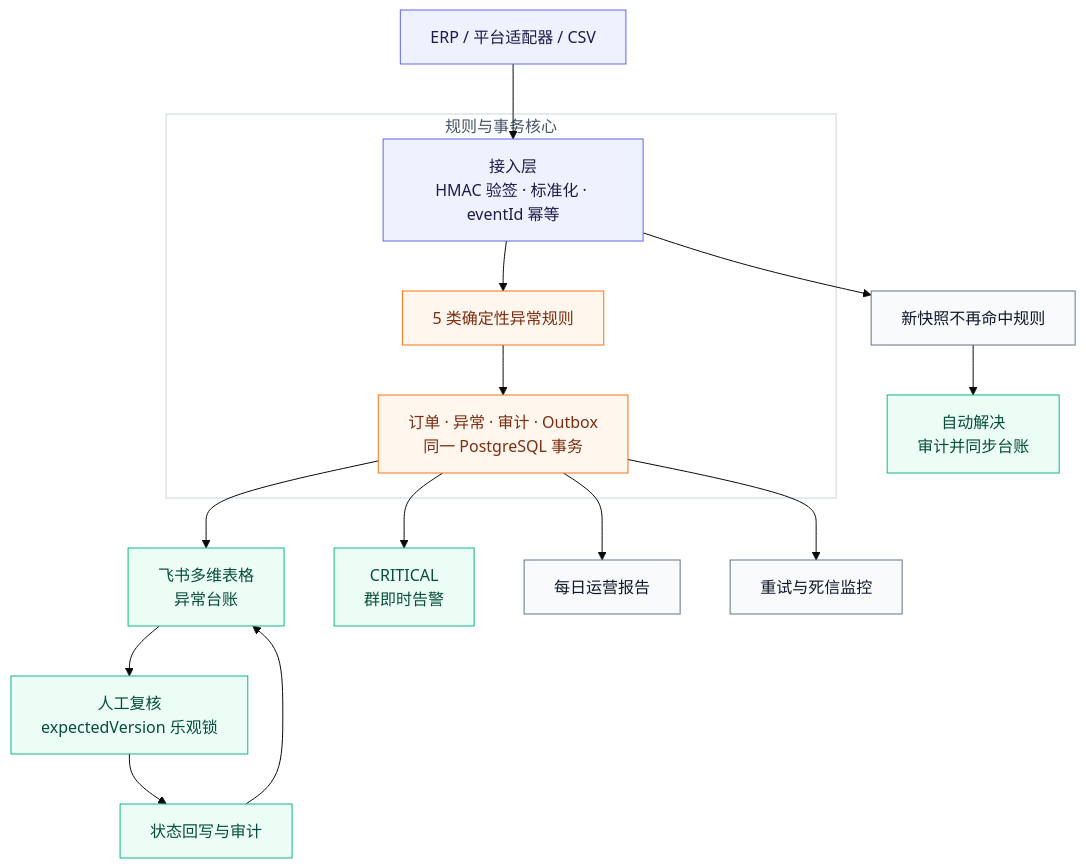
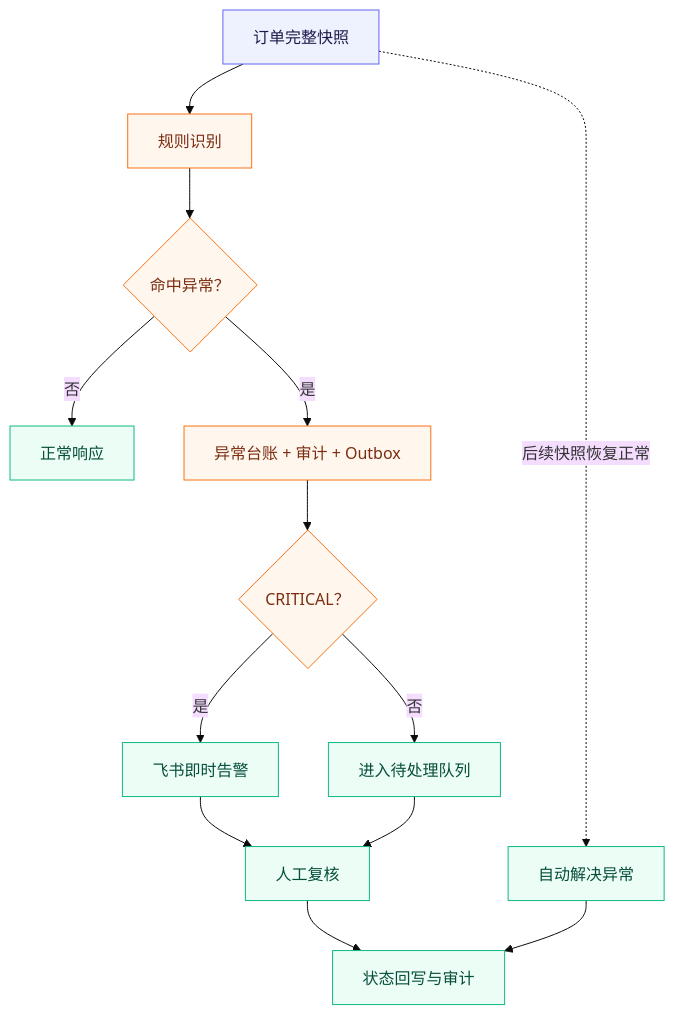
Before and after one commit to 718232157/ecommerce-order-exception-automation: the diagram in README.md, drawn with Mermaid (base theme). The commit also changed other lines of this file, not shown here.

Commit message:
docs: rewrite README around the business flow

````diff
--- a/README.md
+++ b/README.md
@@ -36,31 +24,22 @@
 ```mermaid
-flowchart TB
-    SOURCE["ERP / 平台适配器 / CSV"] --> INGRESS["接入层<br/>HMAC 验签 · 标准化 · eventId 幂等"]
+flowchart TD
+    A["订单完整快照"] --> B["规则识别"]
+    B --> C{"命中异常？"}
+    C -- "否" --> D["正常响应"]
+    C -- "是" --> E["异常台账 + 审计 + Outbox"]
+    E --> F{"CRITICAL？"}
+    F -- "是" --> G["飞书即时告警"]
+    F -- "否" --> H["进入待处理队列"]
+    G --> I["人工复核"]
+    H --> I
+    I --> J["状态回写与审计"]
+    A -. "后续快照恢复正常" .-> K["自动解决异常"]
+    K --> J
 
-    subgraph CORE["规则与事务核心"]
-        INGRESS --> RULES["5 类确定性异常规则"]
-        RULES --> TX["订单 · 异常 · 审计 · Outbox<br/>同一 PostgreSQL 事务"]
-    end
-
-    TX --> LEDGER["飞书多维表格<br/>异常台账"]
-    TX --> ALERT["CRITICAL<br/>群即时告警"]
-    LEDGER --> REVIEW["人工复核<br/>expectedVersion 乐观锁"]
-    REVIEW --> WRITEBACK["状态回写与审计"]
-    WRITEBACK --> LEDGER
-
-    INGRESS --> RECOVERY["新快照不再命中规则"]
-    RECOVERY --> RESOLVED["自动解决<br/>审计并同步台账"]
-
-    TX --> REPORT["每日运营报告"]
-    TX --> DLQ["重试与死信监控"]
-
-    style CORE fill:#ffffff,stroke:#cbd5e1,stroke-width:1px,color:#475569;
-    classDef source fill:#eef2ff,stroke:#6366f1,color:#1e1b4b;
+    classDef input fill:#eef2ff,stroke:#6366f1,color:#1e1b4b;
     classDef core fill:#fff7ed,stroke:#f97316,color:#7c2d12;
-    classDef feishu fill:#ecfdf5,stroke:#10b981,color:#064e3b;
-    classDef ops fill:#f8fafc,stroke:#64748b,color:#0f172a;
-    class SOURCE,INGRESS source;
-    class RULES,TX core;
-    class LEDGER,ALERT,REVIEW,WRITEBACK,RESOLVED feishu;
-    class RECOVERY,REPORT,DLQ ops;
+    classDef action fill:#ecfdf5,stroke:#10b981,color:#064e3b;
+    class A input;
+    class B,C,E,F core;
+    class D,G,H,I,J,K action;
 ```
````
